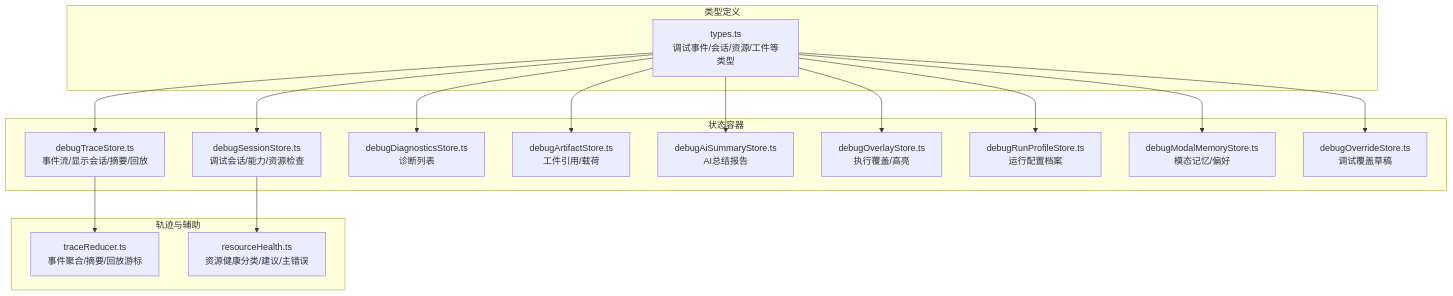
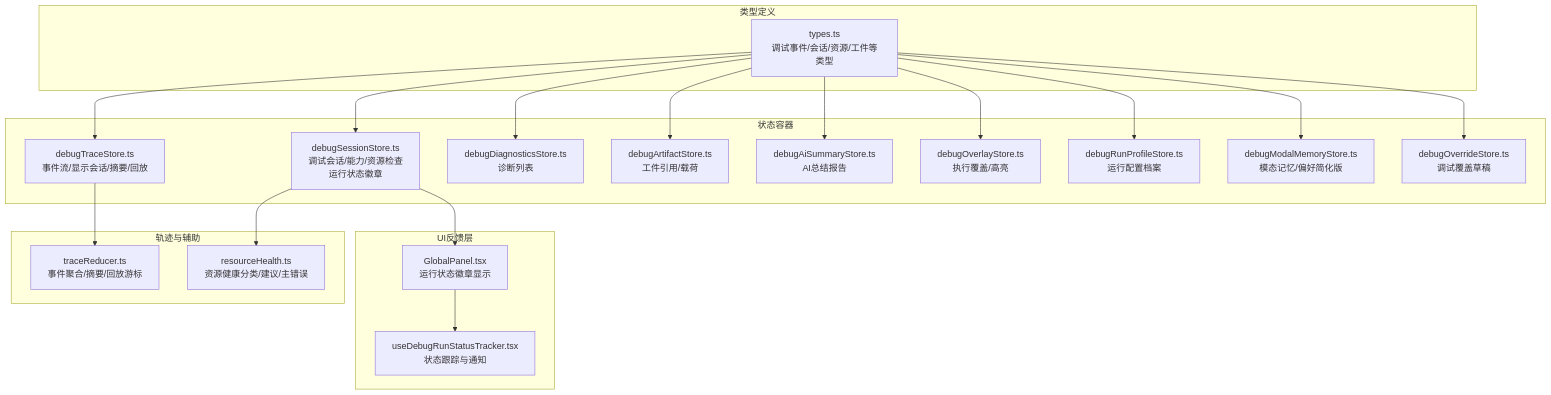
The first of 13 diagrams in .qoder/repowiki/zh/content/前端架构/状态管理系统/调试状态管理.md (kqcoxn/MaaPipelineEditor), drawn with Mermaid before and after one commit. The commit also changed other lines of this file and 19 other files, not shown here.

````diff
--- a/.qoder/repowiki/zh/content/前端架构/状态管理系统/调试状态管理.md
+++ b/.qoder/repowiki/zh/content/前端架构/状态管理系统/调试状态管理.md
@@ -46,32 +58,38 @@
 ```mermaid
 graph TB
 subgraph "类型定义"
 T1["types.ts<br/>调试事件/会话/资源/工件等类型"]
 end
 subgraph "状态容器"
-S1["debugSessionStore.ts<br/>调试会话/能力/资源检查"]
+S1["debugSessionStore.ts<br/>调试会话/能力/资源检查<br/>运行状态徽章"]
 S2["debugTraceStore.ts<br/>事件流/显示会话/摘要/回放"]
 S3["debugDiagnosticsStore.ts<br/>诊断列表"]
 S4["debugArtifactStore.ts<br/>工件引用/载荷"]
 S5["debugAiSummaryStore.ts<br/>AI总结报告"]
 S6["debugOverlayStore.ts<br/>执行覆盖/高亮"]
 S7["debugRunProfileStore.ts<br/>运行配置档案"]
-S8["debugModalMemoryStore.ts<br/>模态记忆/偏好"]
+S8["debugModalMemoryStore.ts<br/>模态记忆/偏好简化版"]
 S9["debugOverrideStore.ts<br/>调试覆盖草稿"]
+end
+subgraph "UI反馈层"
+U1["GlobalPanel.tsx<br/>运行状态徽章显示"]
+U2["useDebugRunStatusTracker.tsx<br/>状态跟踪与通知"]
 end
 subgraph "轨迹与辅助"
 R1["traceReducer.ts<br/>事件聚合/摘要/回放游标"]
 R2["resourceHealth.ts<br/>资源健康分类/建议/主错误"]
 end
 T1 --> S1
 T1 --> S2
 T1 --> S3
 T1 --> S4
 T1 --> S5
 T1 --> S6
 T1 --> S7
 T1 --> S8
 T1 --> S9
 S2 --> R1
 S1 --> R2
+S1 --> U1
+U1 --> U2
 ```
````
